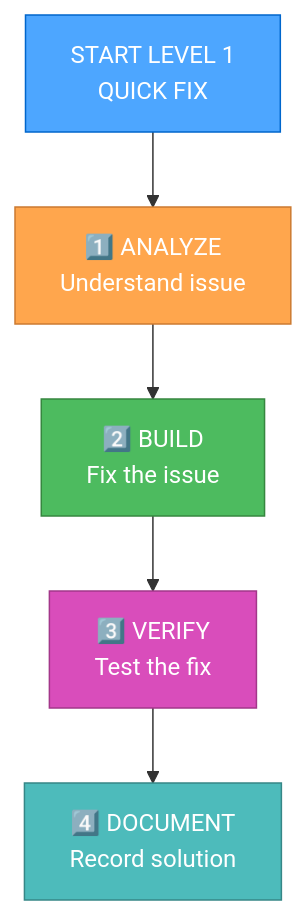
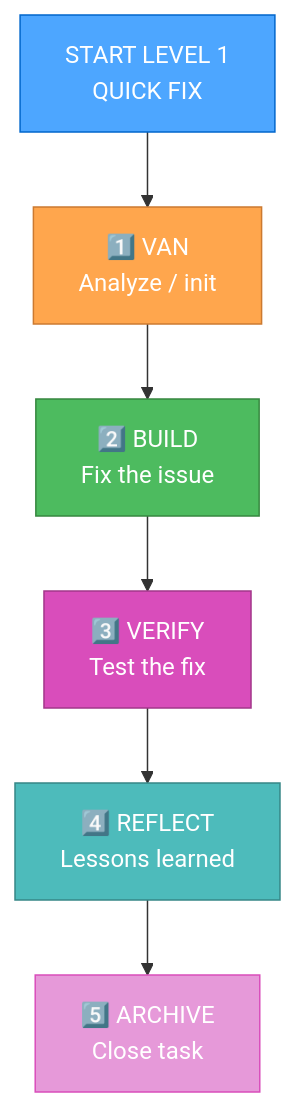
One commit to xianzhu21/cursor-memory-notion changed the diagram in .cursor/rules/isolation_rules/Level1/optimized-workflow-level1.mdc. Above: the diagram before and after it, drawn with Mermaid. The commit also changed other lines of this file and 37 other files, not shown here.

````diff
--- a/.cursor/rules/isolation_rules/Level1/optimized-workflow-level1.mdc
+++ b/.cursor/rules/isolation_rules/Level1/optimized-workflow-level1.mdc
@@ -13,13 +17,15 @@
 ```mermaid
 graph TD
-    Start["START LEVEL 1<br>QUICK FIX"] --> Analyze["1️⃣ ANALYZE<br>Understand issue"]
+    Start["START LEVEL 1<br>QUICK FIX"] --> Analyze["1️⃣ VAN<br>Analyze / init"]
     Analyze --> Build["2️⃣ BUILD<br>Fix the issue"]
     Build --> Verify["3️⃣ VERIFY<br>Test the fix"]
-    Verify --> Document["4️⃣ DOCUMENT<br>Record solution"]
+    Verify --> Reflect["4️⃣ REFLECT<br>Lessons learned"]
+    Reflect --> Archive["5️⃣ ARCHIVE<br>Close task"]
     
     style Start fill:#4da6ff,stroke:#0066cc,color:white
     style Analyze fill:#ffa64d,stroke:#cc7a30,color:white
     style Build fill:#4dbb5f,stroke:#36873f,color:white
     style Verify fill:#d94dbb,stroke:#a3378a,color:white
-    style Document fill:#4dbbbb,stroke:#368787,color:white
+    style Reflect fill:#4dbbbb,stroke:#368787,color:white
+    style Archive fill:#e699d9,stroke:#d94dbb,color:white
 ```
````
